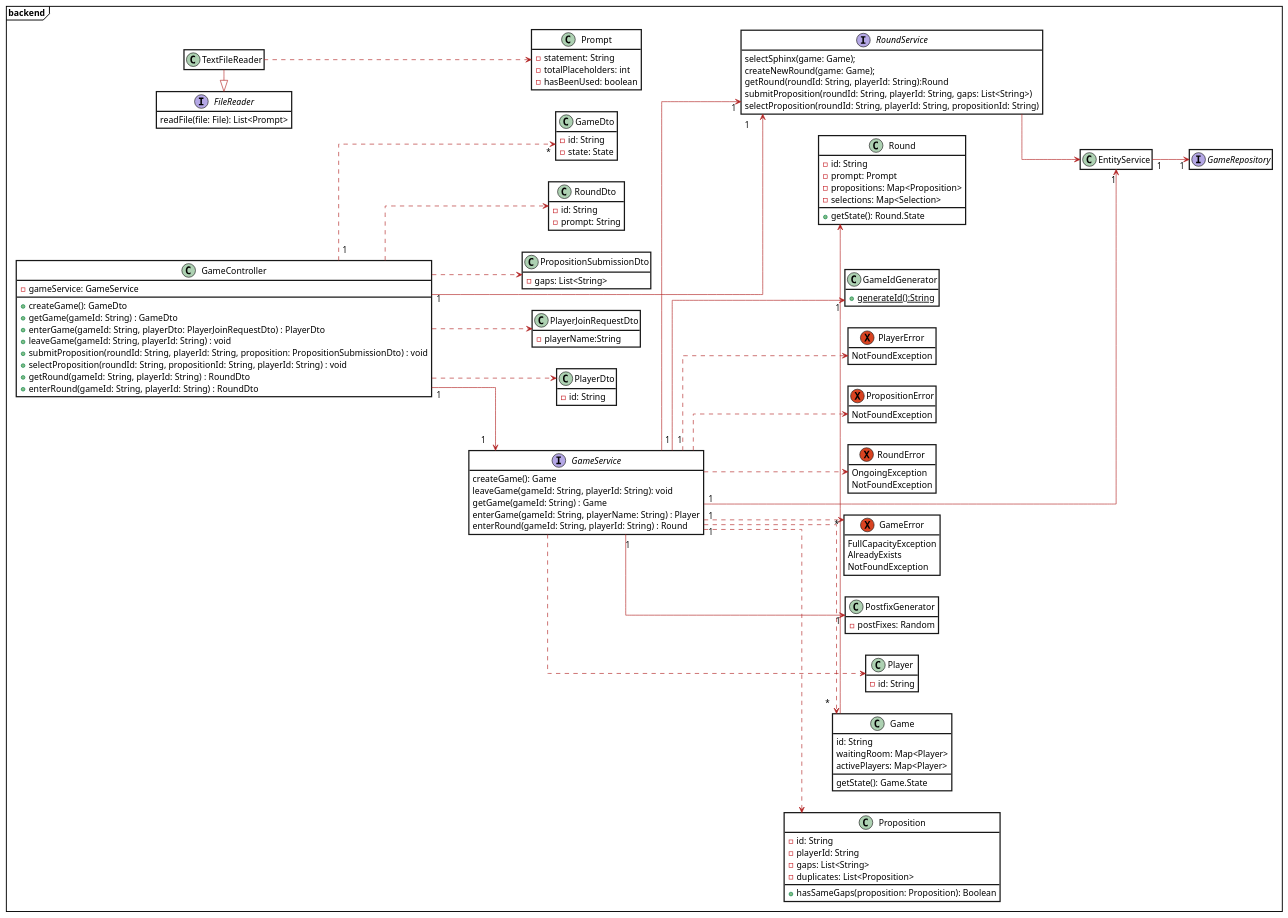
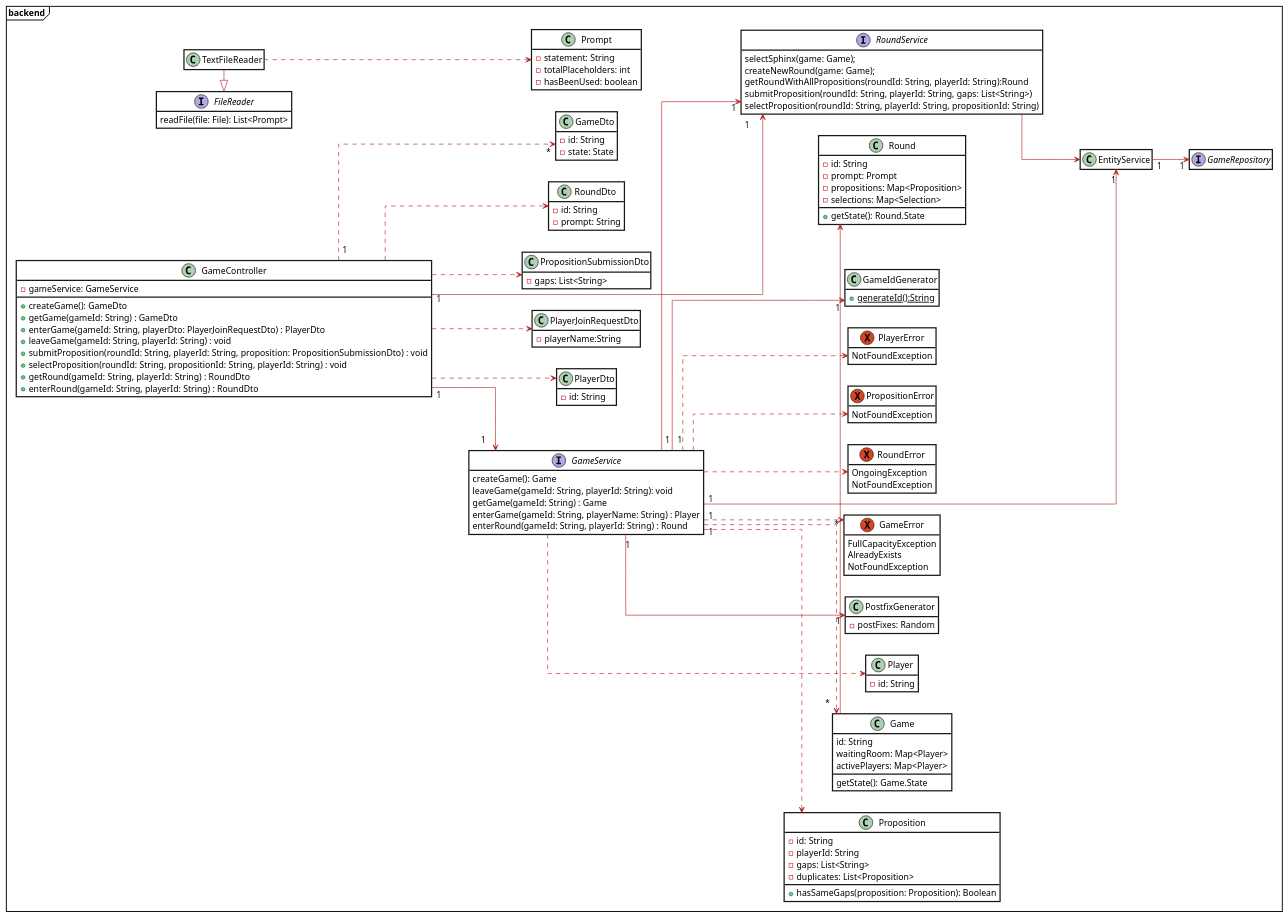
One commit to patrickwinti/worldwidewalter changed the diagram in docs/diagrams/archive/class_diagram.plantuml. Above: the diagram before and after it, drawn with PlantUML. The commit also changed 1 other file, not shown here.

Commit message:
[WWW-108] diagram fixes

```diff
--- a/docs/diagrams/archive/class_diagram.plantuml
+++ b/docs/diagrams/archive/class_diagram.plantuml
@@ -1,145 +1,145 @@
 @startuml
 skinparam class {
     BackgroundColor white
     ArrowColor Firebrick
     BorderThickness 2
 }
 skinparam roundcorner 0
 skinparam packagestyle Frame
 hide empty members
 
 package backend{
     left to right direction
     skinparam linetype ortho
 
     hide empty members
     class GameController {
         -gameService: GameService
         +createGame(): GameDto
         +getGame(gameId: String) : GameDto
         +enterGame(gameId: String, playerDto: PlayerJoinRequestDto) : PlayerDto
         +leaveGame(gameId: String, playerId: String) : void
         +submitProposition(roundId: String, playerId: String, proposition: PropositionSubmissionDto) : void
         +selectProposition(roundId: String, propositionId: String, playerId: String) : void
         +getRound(gameId: String, playerId: String) : RoundDto
         +enterRound(gameId: String, playerId: String) : RoundDto
     }
     class GameDto {
         -id: String
         -state: State
     }
     class Game {
         id: String
         waitingRoom: Map<Player>
         activePlayers: Map<Player>
         getState(): Game.State
     }
     class Prompt{
         -statement: String
         -totalPlaceholders: int
         -hasBeenUsed: boolean
     }
 
     class Proposition{
           -id: String
           -playerId: String
           -gaps: List<String>
           -duplicates: List<Proposition>
           +hasSameGaps(proposition: Proposition): Boolean
     }
 
     interface GameService{
        createGame(): Game
        leaveGame(gameId: String, playerId: String): void
        getGame(gameId: String) : Game
        enterGame(gameId: String, playerName: String) : Player
        enterRound(gameId: String, playerId: String) : Round
     }
     interface RoundService{
         selectSphinx(game: Game);
         createNewRound(game: Game);
-        getRound(roundId: String, playerId: String):Round
+        getRoundWithAllPropositions(roundId: String, playerId: String):Round
         submitProposition(roundId: String, playerId: String, gaps: List<String>)
         selectProposition(roundId: String, playerId: String, propositionId: String)
     }
     interface GameRepository
     class PlayerDto {
         -id: String
     }
     class PlayerJoinRequestDto {
         -playerName:String
     }
     class PropositionSubmissionDto {
         -gaps: List<String>
     }
     class RoundDto {
         -id: String
         -prompt: String
     }
     class Player {
         -id: String
     }
     class Round {
         -id: String
         -prompt: Prompt
         -propositions: Map<Proposition>
         -selections: Map<Selection>
         +getState(): Round.State
     }
     class PostfixGenerator {
         -postFixes: Random
     }
     exception GameError {
         FullCapacityException
         AlreadyExists
         NotFoundException
     }
     exception RoundError {
         OngoingException
         NotFoundException
     }
     exception PropositionError {
         NotFoundException
     }
     exception PlayerError {
         NotFoundException
     }
 
     interface FileReader{
         readFile(file: File): List<Prompt>
     }
 
     class TextFileReader
     class GameIdGenerator{
         +generateId():String{static}
     }
 
     GameController..>PlayerDto
     GameController..>PlayerJoinRequestDto
     GameController..>PropositionSubmissionDto
     GameController..>RoundDto
     GameController "1"..>"*" GameDto
     GameController "1"-->"1" RoundService
     GameController "1"-->"1" GameService
 
     GameService "1"..>"*" Game
     GameService ..> Player
     GameService "1"..>"*" GameError
     GameService ..> RoundError
     GameService ..> PlayerError
     GameService ..> PropositionError
     GameService "1"-->"1" EntityService
     GameService ..> Proposition
     GameService "1"-->"1" PostfixGenerator
     GameService "1"-->"1" GameIdGenerator
     GameService "1"-->"1" RoundService
 
     EntityService "1"-->"1" GameRepository
 
     RoundService --> EntityService
 
     TextFileReader ..> Prompt
     FileReader<|-TextFileReader
 
     Game -> Round
 @enduml
```
